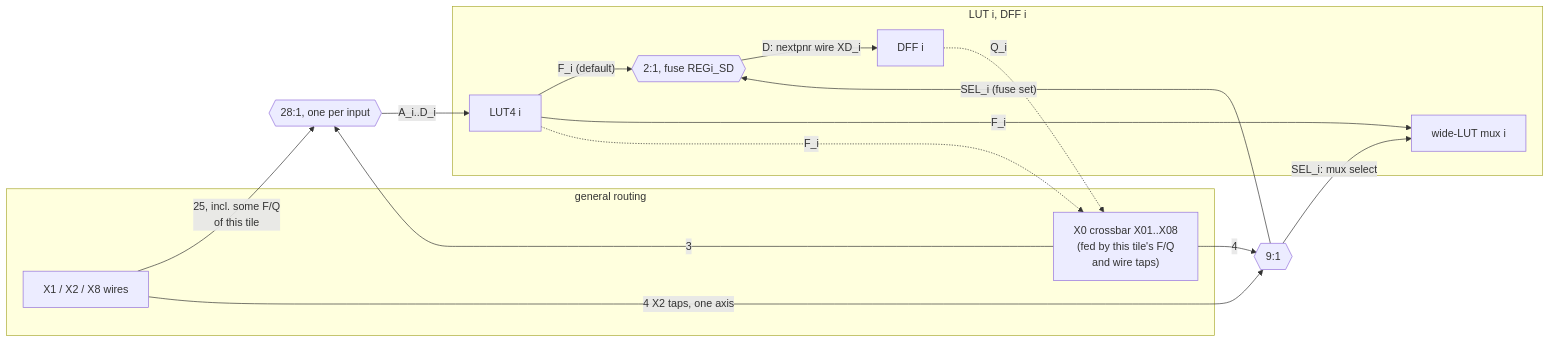
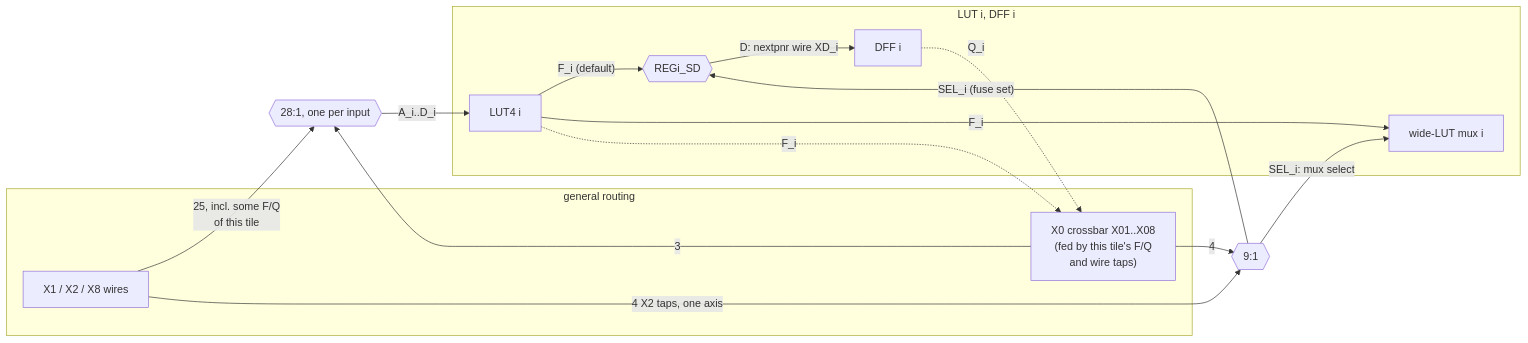
The first of 2 diagrams in doc/agent/logic-tile.md (YosysHQ/apicula), drawn with Mermaid before and after one commit.

Commit message:
doc/agent: shorter label for the REGi_SD mux

````diff
--- a/doc/agent/logic-tile.md
+++ b/doc/agent/logic-tile.md
@@ -13,27 +13,27 @@
 ```mermaid
 flowchart LR
     subgraph routing["general routing"]
         long["X1 / X2 / X8 wires"]
         x0["X0 crossbar X01..X08<br/>(fed by this tile's F/Q<br/>and wire taps)"]
     end
     lutmux{{"28:1, one per input"}}
     selmux{{"9:1"}}
     subgraph slice["LUT i, DFF i"]
         lut["LUT4 i"]
-        dsel{{"2:1, fuse REGi_SD"}}
+        dsel{{"REGi_SD"}}
         dff["DFF i"]
         mux["wide-LUT mux i"]
     end
     long -->|"25, incl. some F/Q<br/>of this tile"| lutmux
     x0 -->|3| lutmux
     lutmux -->|"A_i..D_i"| lut
     x0 -->|4| selmux
     long -->|"4 X2 taps, one axis"| selmux
     selmux -->|"SEL_i: mux select"| mux
     lut -->|"F_i (default)"| dsel
     selmux -->|"SEL_i (fuse set)"| dsel
     dsel -->|"D: nextpnr wire XD_i"| dff
     lut -->|"F_i"| mux
     dff -.->|Q_i| x0
     lut -.->|F_i| x0
 ```
````
